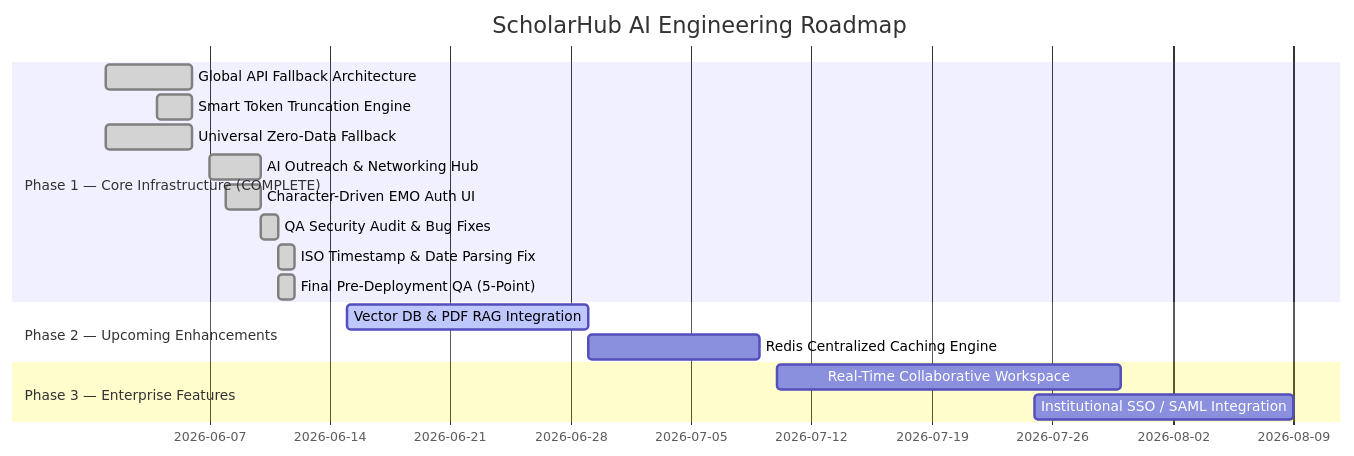
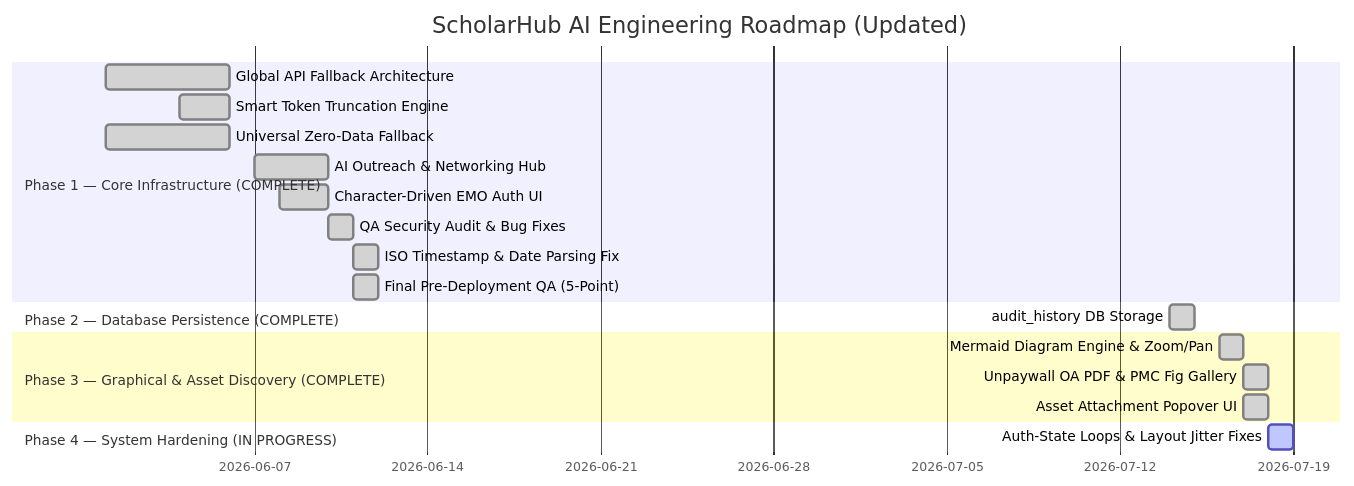
Before and after one commit to CodeWithPritom/ScholarHub-frontend: diagram 11 of 11 in SYSTEM_ARCHITECTURE_DEEP_DIVE.md, drawn with Mermaid. The commit also changed other lines of this file and 101 other files, not shown here.

````diff
--- a/SYSTEM_ARCHITECTURE_DEEP_DIVE.md
+++ b/SYSTEM_ARCHITECTURE_DEEP_DIVE.md
@@ -499,23 +568,26 @@
 ```mermaid
 gantt
-    title ScholarHub AI Engineering Roadmap
+    title ScholarHub AI Engineering Roadmap (Updated)
     dateFormat  YYYY-MM-DD
 
     section Phase 1 — Core Infrastructure (COMPLETE)
     Global API Fallback Architecture      :done, des1, 2026-06-01, 2026-06-06
     Smart Token Truncation Engine         :done, des2, 2026-06-04, 2026-06-06
     Universal Zero-Data Fallback          :done, des3, 2026-06-01, 2026-06-06
     AI Outreach & Networking Hub          :done, des4, 2026-06-07, 2026-06-10
     Character-Driven EMO Auth UI          :done, des5, 2026-06-08, 2026-06-10
     QA Security Audit & Bug Fixes         :done, des6, 2026-06-10, 2026-06-11
     ISO Timestamp & Date Parsing Fix      :done, des6b, 2026-06-11, 1d
     Final Pre-Deployment QA (5-Point)     :done, des6c, 2026-06-11, 1d
 
-    section Phase 2 — Upcoming Enhancements
-    Vector DB & PDF RAG Integration       :active, des7, 2026-06-15, 14d
-    Redis Centralized Caching Engine      :        des8, after des7, 10d
+    section Phase 2 — Database Persistence (COMPLETE)
+    audit_history DB Storage              :done, des7, 2026-07-14, 2026-07-15
 
-    section Phase 3 — Enterprise Features
-    Real-Time Collaborative Workspace     :        des9,  2026-07-10, 20d
-    Institutional SSO / SAML Integration  :        des10, 2026-07-25, 15d
+    section Phase 3 — Graphical & Asset Discovery (COMPLETE)
+    Mermaid Diagram Engine & Zoom/Pan     :done, des8, 2026-07-16, 2026-07-17
+    Unpaywall OA PDF & PMC Fig Gallery    :done, des9, 2026-07-17, 1d
+    Asset Attachment Popover UI           :done, des10, 2026-07-17, 1d
+
+    section Phase 4 — System Hardening (IN PROGRESS)
+    Auth-State Loops & Layout Jitter Fixes:active, des11, 2026-07-18, 1d
 ```
````
